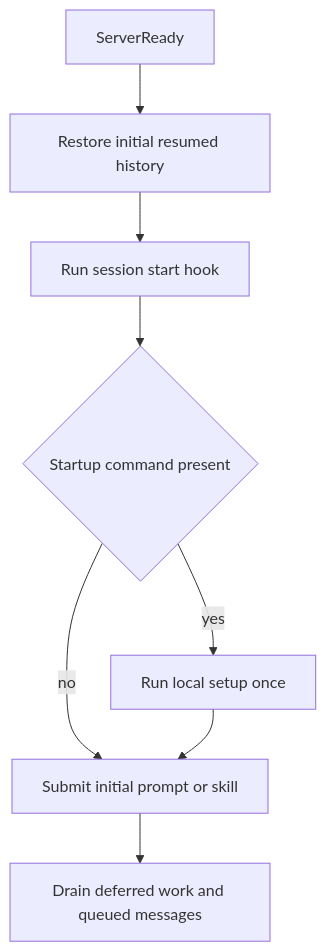
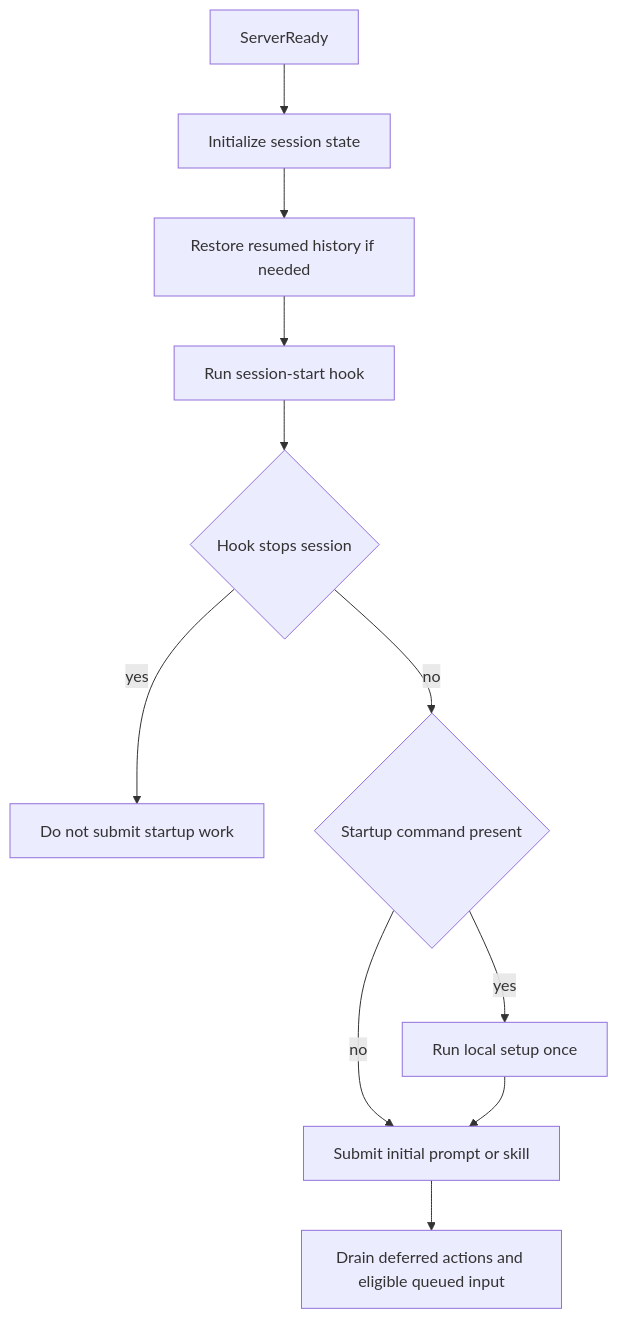
The second of 3 diagrams in openwiki/workflows/run-dcode-session.md (langchain-ai/deepagents), drawn with Mermaid before and after one commit. The commit also changed other lines of this file and 47 other files, not shown here.

````diff
--- a/openwiki/workflows/run-dcode-session.md
+++ b/openwiki/workflows/run-dcode-session.md
@@ -122,10 +134,13 @@
 ```mermaid
 flowchart TD
-    Ready["ServerReady"] --> History["Restore initial resumed history"]
-    History --> Hook["Run session start hook"]
-    Hook --> StartCmd{"Startup command present"}
+    Ready["ServerReady"] --> Init["Initialize session state"]
+    Init --> History["Restore resumed history if needed"]
+    History --> Hook["Run session-start hook"]
+    Hook --> Stop{"Hook stops session"}
+    Stop -->|"yes"| Halt["Do not submit startup work"]
+    Stop -->|"no"| StartCmd{"Startup command present"}
     StartCmd -->|"yes"| LocalSetup["Run local setup once"]
     StartCmd -->|"no"| Submit
     LocalSetup --> Submit["Submit initial prompt or skill"]
-    Submit --> Backlog["Drain deferred work and queued messages"]
+    Submit --> Backlog["Drain deferred actions and eligible queued input"]
 ```
````
